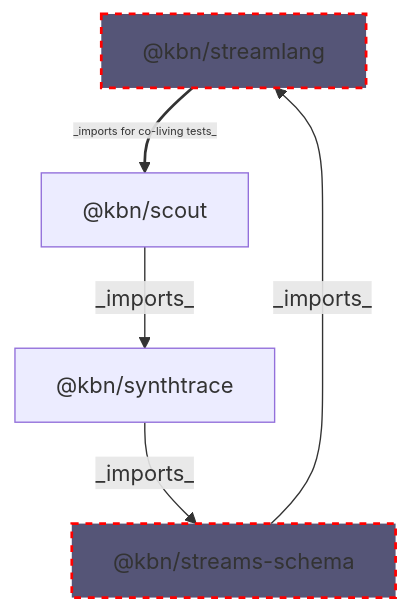
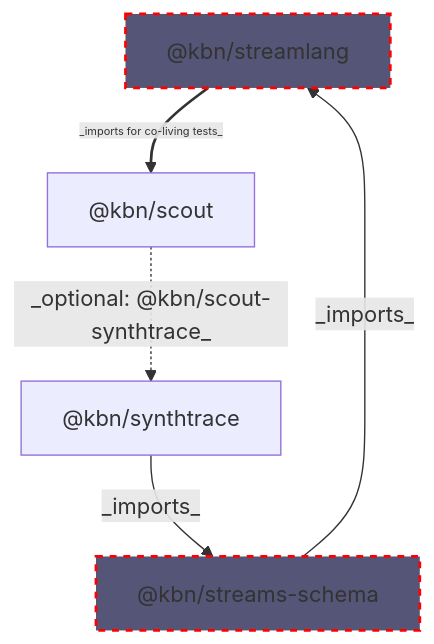
Before and after one commit to codacy-open-source-projects-scans/kibana: the diagram in x-pack/platform/packages/shared/kbn-streamlang-tests/README.md, drawn with Mermaid. The commit also changed other lines of this file and 1801 other files, not shown here.

````diff
--- a/x-pack/platform/packages/shared/kbn-streamlang-tests/README.md
+++ b/x-pack/platform/packages/shared/kbn-streamlang-tests/README.md
@@ -11,15 +11,15 @@
 ```mermaid
 graph TD
     A["@kbn/streamlang"] -->|_imports for co-living tests_| B["@kbn/scout"]
-    B -->|_imports_| C["@kbn/synthtrace"]
+    B -.->|_optional: @kbn/scout-synthtrace_| C["@kbn/synthtrace"]
     C -->|_imports_| D["@kbn/streams-schema"]
     D -->|_imports_| A
 
     style A fill:#555577
     style D fill:#555577
 
     linkStyle 0 stroke-width: 2px, font-size: 8px;
 
     classDef circular stroke:#ff0000,stroke-width:2px,stroke-dasharray: 5 5
     class A,D circular
 ```
````
